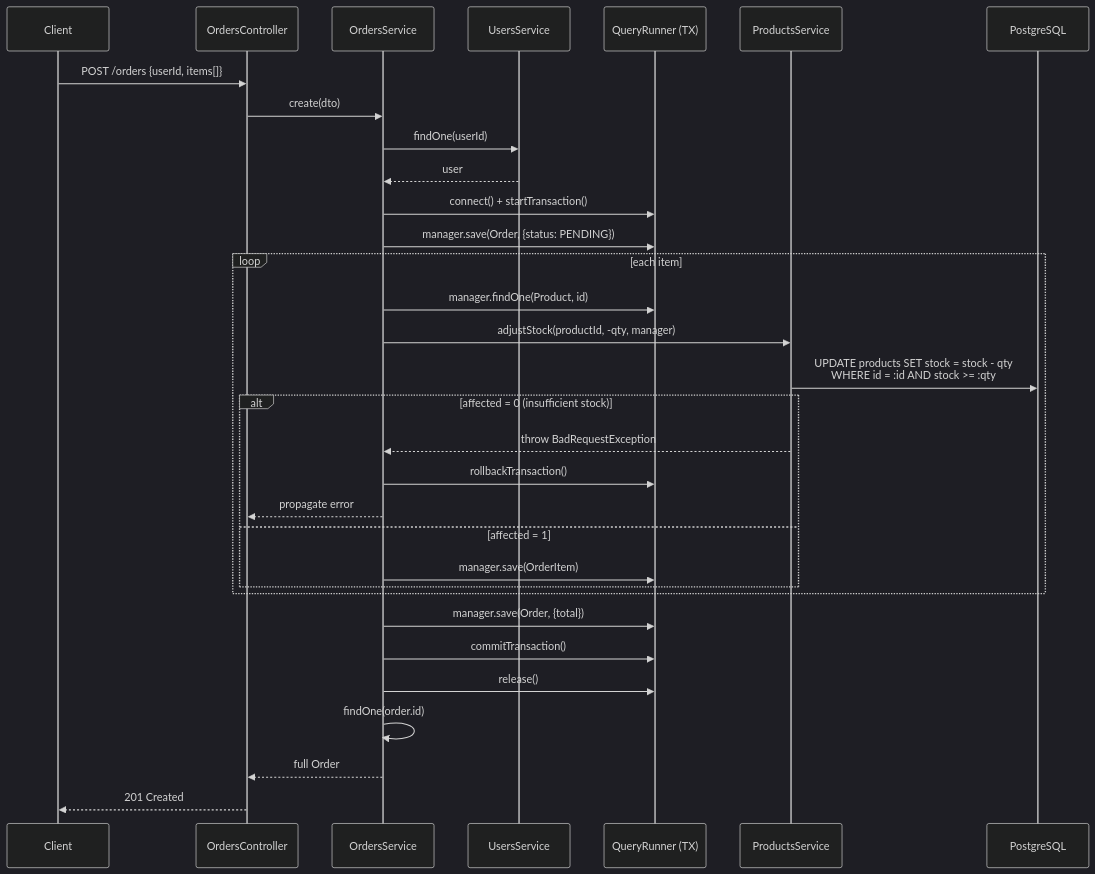
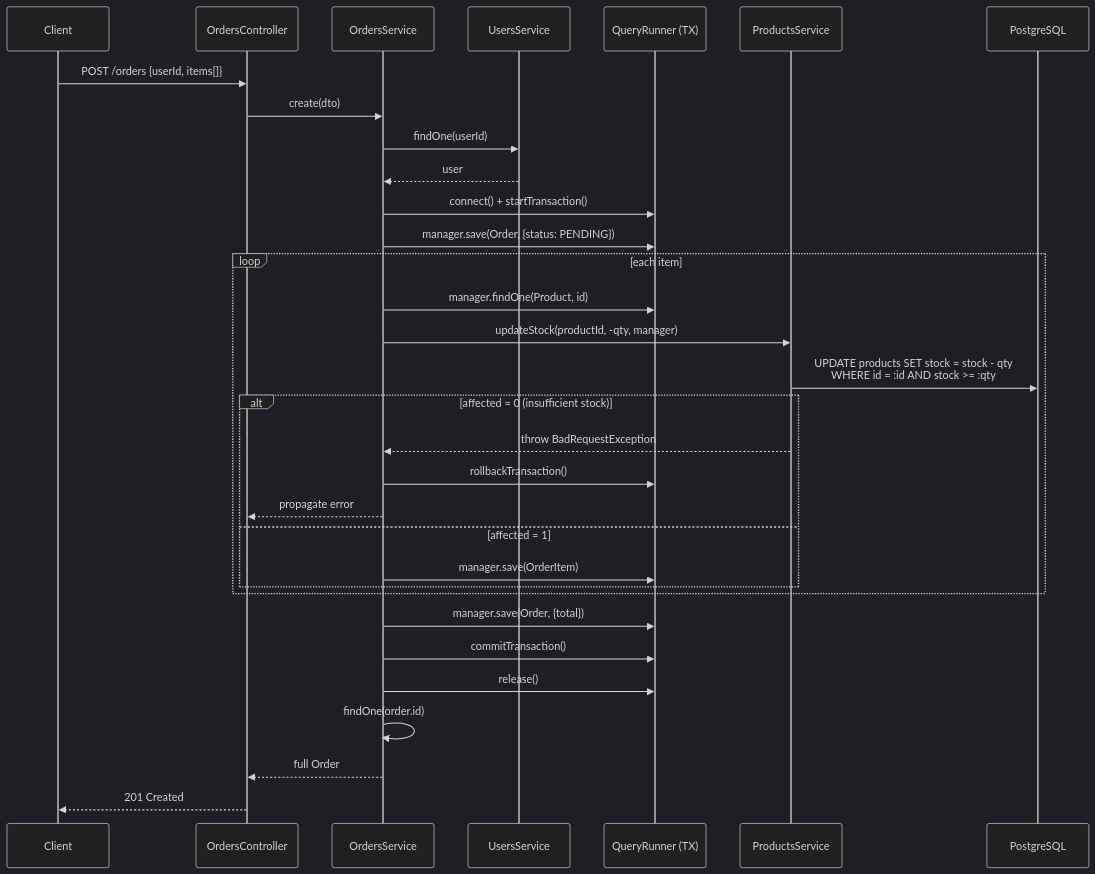
Before and after one commit to Acronus2008/zubale_api_app: the third of 4 diagrams in docs/ARCHITECTURE.md, drawn with Mermaid (dark theme). The commit also changed other lines of this file and 2 other files, not shown here.

Commit message:
Update documentation to reflect renaming of `adjustStock` to `updateStock` in ProductsService, ensuring consistency across architecture and fixes documentation.

````diff
--- a/docs/ARCHITECTURE.md
+++ b/docs/ARCHITECTURE.md
@@ -132,35 +132,35 @@
 ```mermaid
 sequenceDiagram
     participant C as Client
     participant OC as OrdersController
     participant OS as OrdersService
     participant US as UsersService
     participant QR as QueryRunner (TX)
     participant PS as ProductsService
     participant DB as PostgreSQL
 
     C->>OC: POST /orders {userId, items[]}
     OC->>OS: create(dto)
     OS->>US: findOne(userId)
     US-->>OS: user
     OS->>QR: connect() + startTransaction()
     OS->>QR: manager.save(Order, {status: PENDING})
     loop each item
         OS->>QR: manager.findOne(Product, id)
-        OS->>PS: adjustStock(productId, -qty, manager)
+        OS->>PS: updateStock(productId, -qty, manager)
         PS->>DB: UPDATE products SET stock = stock - qty<br/>WHERE id = :id AND stock >= :qty
         alt affected = 0 (insufficient stock)
             PS-->>OS: throw BadRequestException
             OS->>QR: rollbackTransaction()
             OS-->>OC: propagate error
         else affected = 1
             OS->>QR: manager.save(OrderItem)
         end
     end
     OS->>QR: manager.save(Order, {total})
     OS->>QR: commitTransaction()
     OS->>QR: release()
     OS->>OS: findOne(order.id)
     OS-->>OC: full Order
     OC-->>C: 201 Created
 ```
````
